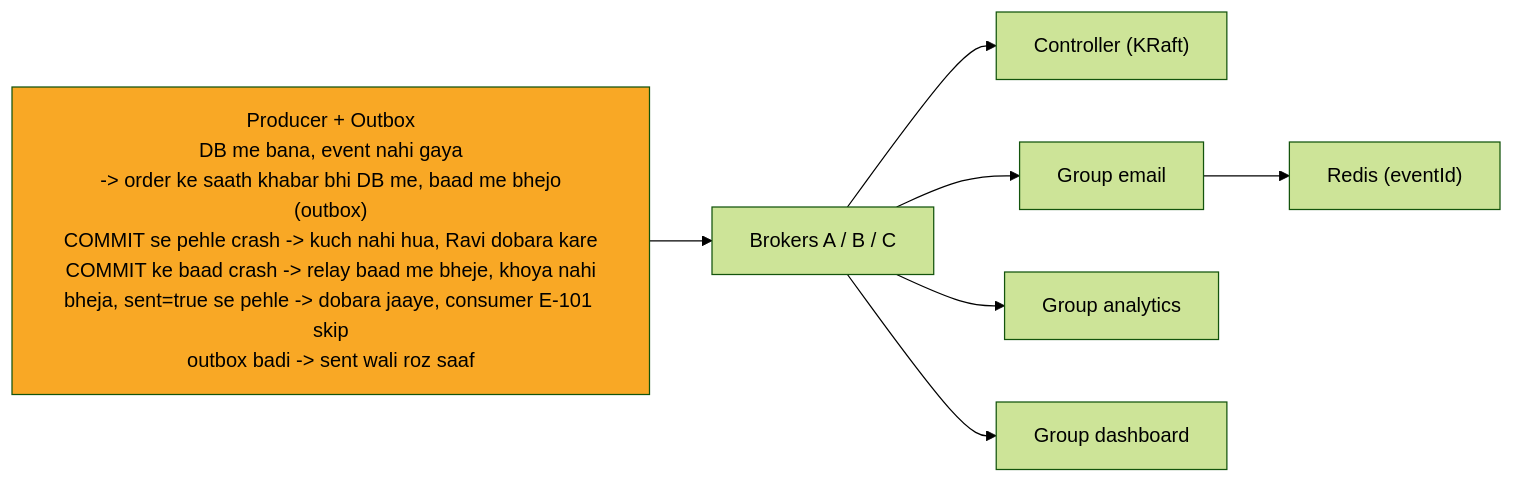
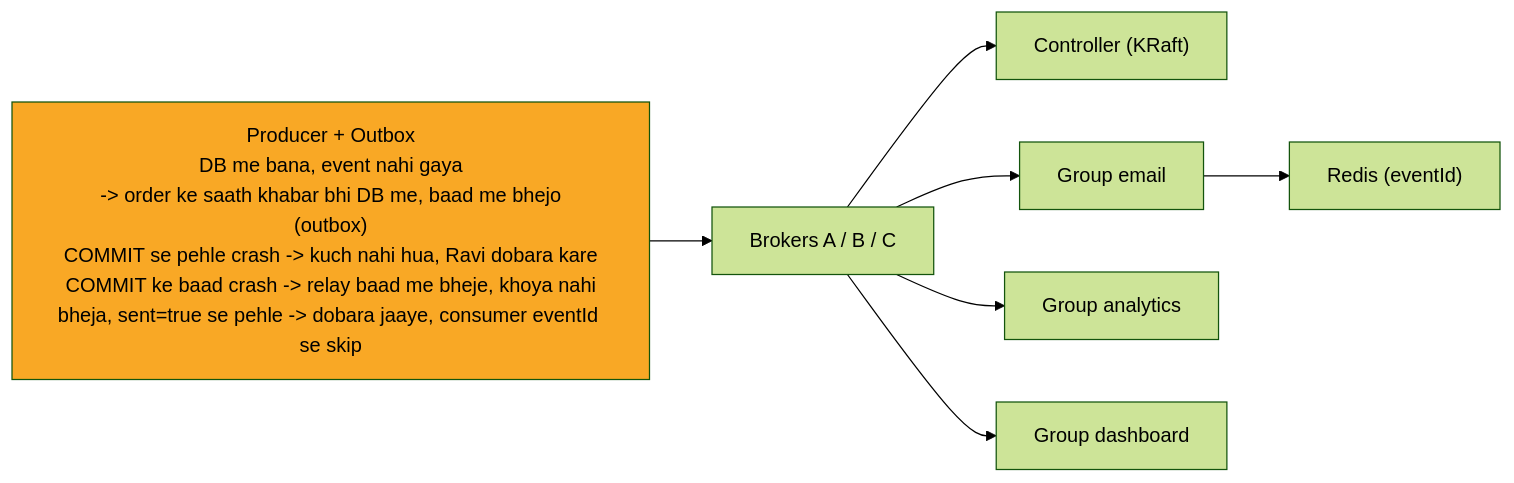
The ninth of 12 diagrams in 04_HLD/SYSTEM_DESIGNS/12_message_queue_kafka/12_message_queue_kafka.md (ArpanMaheshwari144/Prep), drawn with Mermaid (forest theme) before and after one commit. The commit also changed other lines of this file and 13 other files, not shown here.

````diff
--- a/04_HLD/SYSTEM_DESIGNS/12_message_queue_kafka/12_message_queue_kafka.md
+++ b/04_HLD/SYSTEM_DESIGNS/12_message_queue_kafka/12_message_queue_kafka.md
@@ -321,18 +321,18 @@
 ```mermaid
 %%{init: {"flowchart": {"wrappingWidth": 450}}}%%
 flowchart LR
-    n_P["Producer + Outbox<br/>DB me bana, event nahi gaya<br/>-> order ke saath khabar bhi DB me, baad me bhejo<br/>(outbox)<br/>COMMIT se pehle crash -> kuch nahi hua, Ravi dobara kare<br/>COMMIT ke baad crash -> relay baad me bheje, khoya nahi<br/>bheja, sent=true se pehle -> dobara jaaye, consumer E-101 skip<br/>outbox badi -> sent wali roz saaf"]
+    n_P["Producer + Outbox<br/>DB me bana, event nahi gaya<br/>-> order ke saath khabar bhi DB me, baad me bhejo<br/>(outbox)<br/>COMMIT se pehle crash -> kuch nahi hua, Ravi dobara kare<br/>COMMIT ke baad crash -> relay baad me bheje, khoya nahi<br/>bheja, sent=true se pehle -> dobara jaaye, consumer eventId se skip"]
     n_B["Brokers A / B / C"]
     n_K["Controller (KRaft)"]
     n_GE["Group email"]
     n_R["Redis (eventId)"]
     n_GA["Group analytics"]
     n_GD["Group dashboard"]
     n_P --> n_B
     n_B --> n_K
     n_B --> n_GE
     n_B --> n_GA
     n_B --> n_GD
     n_GE --> n_R
     style n_P fill:#f9a825,color:#000
 ```
````
